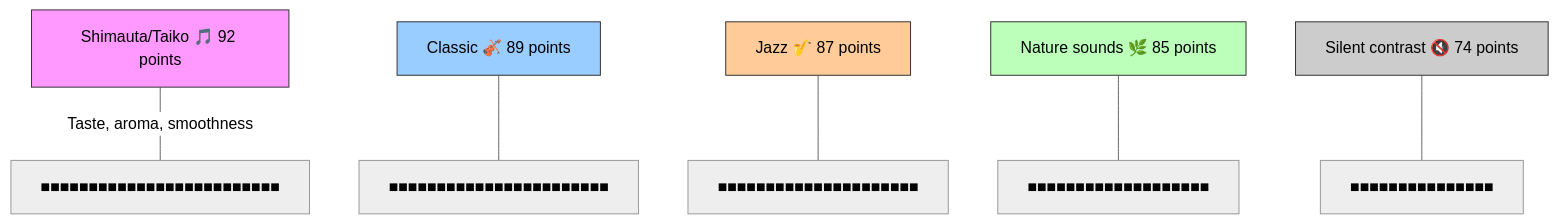
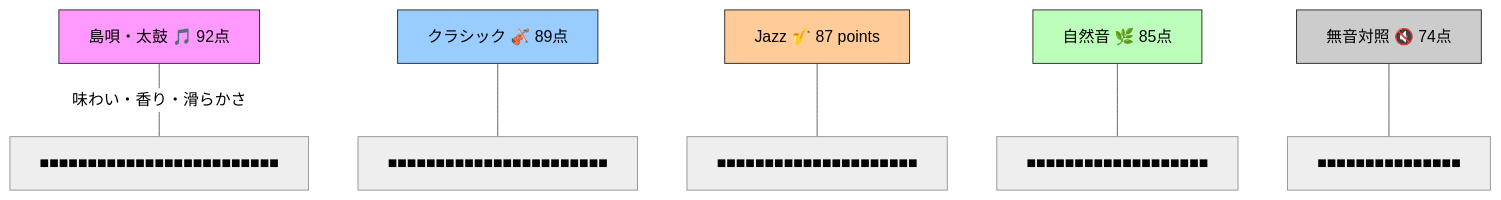
Before and after one commit to monumental-movement/monumental-movement.github.io: the fourth of 5 diagrams in en/_posts/2025-11-01-column-shochu-sound-aging.md, drawn with Mermaid (neutral theme). The commit also changed other lines of this file and 2196 other files, not shown here.

```diff
--- a/en/_posts/2025-11-01-column-shochu-sound-aging.md
+++ b/en/_posts/2025-11-01-column-shochu-sound-aging.md
@@ -225,16 +224,16 @@
 <div class="mermaid">
 
 graph TD
-    A["Shimauta/Taiko 🎵 92 points"] ---|"Taste, aroma, smoothness"| B["■■■■■■■■■■■■■■■■■■■■■■■■■"]
-    C["Classic 🎻 89 points"] --- B1["■■■■■■■■■■■■■■■■■■■■■■■"]
+    A["島唄・太鼓 🎵 92点"] ---|"味わい・香り・滑らかさ"| B["■■■■■■■■■■■■■■■■■■■■■■■■■"]
+    C["クラシック 🎻 89点"] --- B1["■■■■■■■■■■■■■■■■■■■■■■■"]
     D["Jazz 🎷 87 points"] --- B2["■■■■■■■■■■■■■■■■■■■■■"]
-    E["Nature sounds 🌿 85 points"] --- B3["■■■■■■■■■■■■■■■■■■■"]
-    F["Silent contrast 🔇 74 points"] --- B4["■■■■■■■■■■■■■■■"]
+    E["自然音 🌿 85点"] --- B3["■■■■■■■■■■■■■■■■■■■"]
+    F["無音対照 🔇 74点"] --- B4["■■■■■■■■■■■■■■■"]
 
     style A fill:#f9f,stroke:#333,stroke-width:1px
     style C fill:#9cf,stroke:#333,stroke-width:1px
     style D fill:#fc9,stroke:#333,stroke-width:1px
     style E fill:#bfb,stroke:#333,stroke-width:1px
     style F fill:#ccc,stroke:#333,stroke-width:1px
     
 </div>
```
